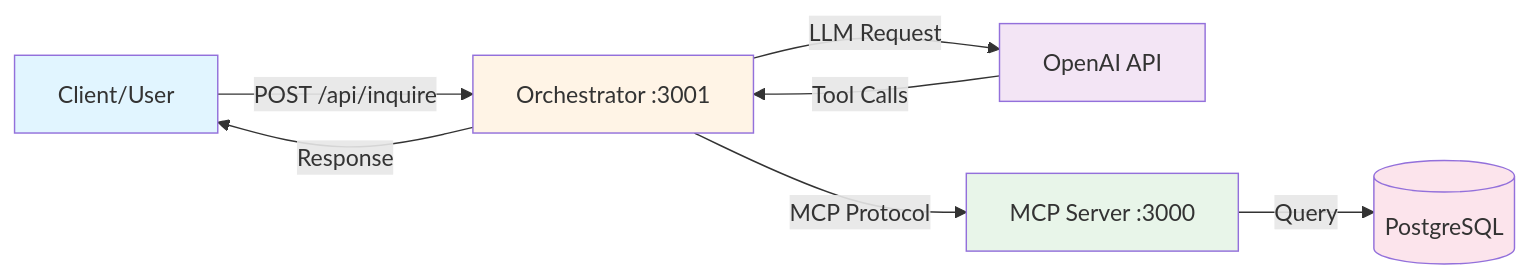
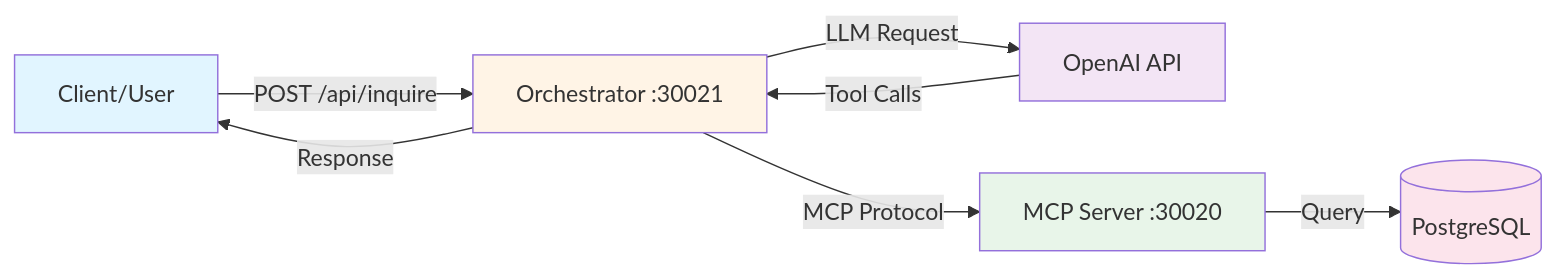
One commit to felix-toledo/mcp-server-orchestrator changed the diagram in readme.MD. Above: the diagram before and after it, drawn with Mermaid. The commit also changed other lines of this file and 53 other files, not shown here.

````diff
--- a/readme.MD
+++ b/readme.MD
@@ -48,15 +48,15 @@
 ```mermaid
 graph LR
-    A[Client/User] -->|POST /api/inquire| B[Orchestrator :3001]
+    A[Client/User] -->|POST /api/inquire| B[Orchestrator :30021]
     B -->|LLM Request| C[OpenAI API]
-    B -->|MCP Protocol| D[MCP Server :3000]
+    B -->|MCP Protocol| D[MCP Server :30020]
     D -->|Query| E[(PostgreSQL)]
     C -->|Tool Calls| B
     B -->|Response| A
 
     style A fill:#e1f5ff
     style B fill:#fff4e6
     style C fill:#f3e5f5
     style D fill:#e8f5e9
     style E fill:#fce4ec
 ```
````
